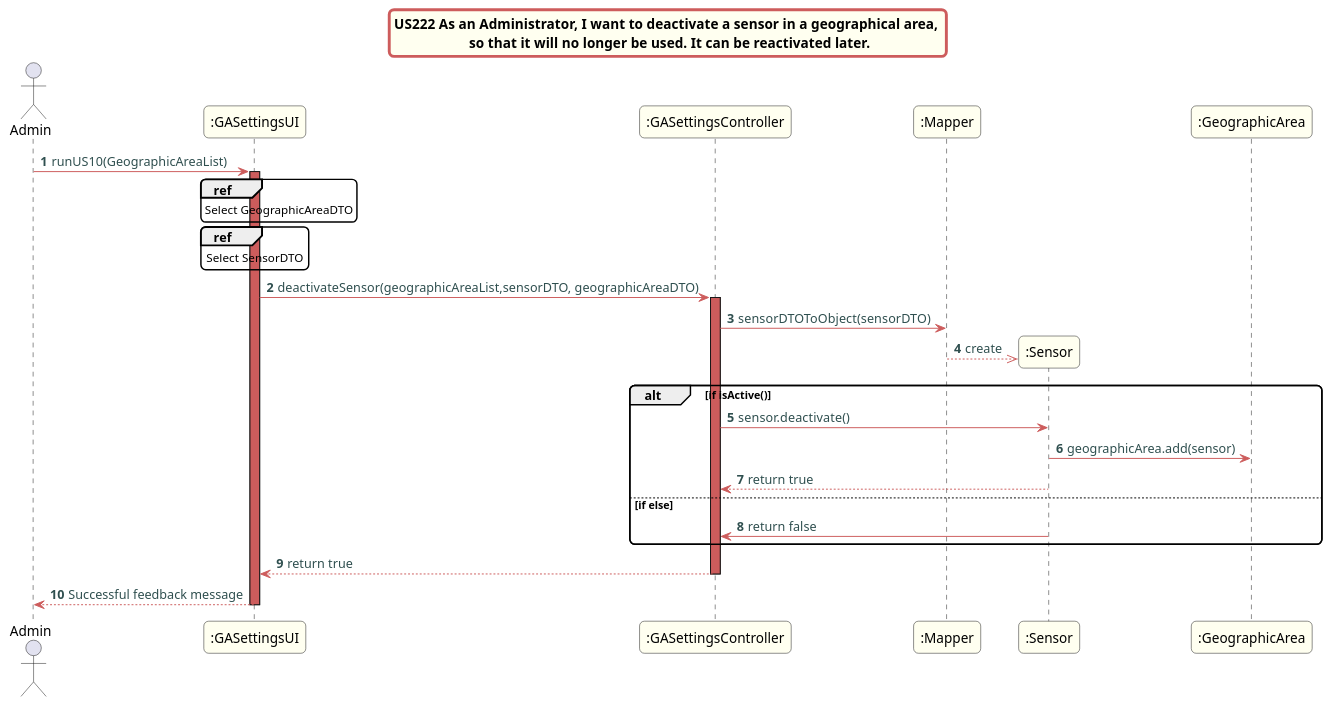
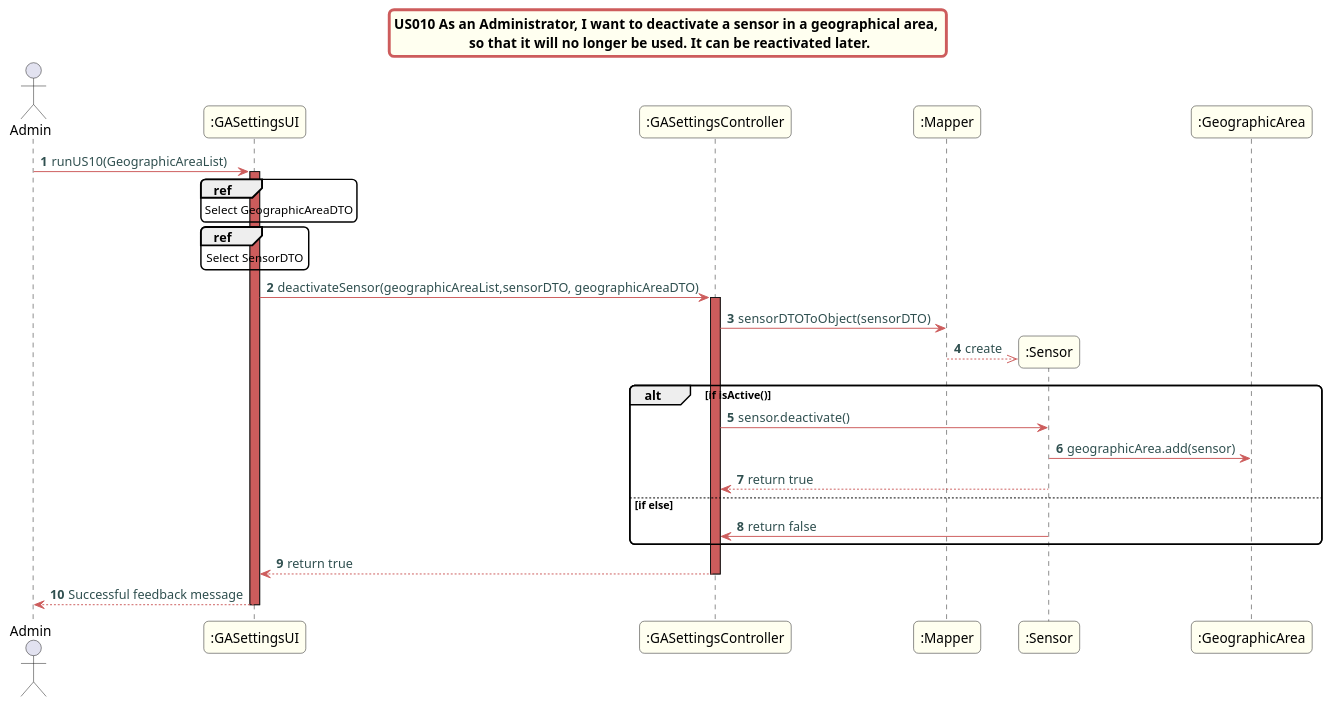
The diagram in src/doc/Controllers/GASettings/US10/US10_sd_GASettings.puml (Almadanmp/project), drawn with PlantUML before and after one commit. The commit also changed 4 other files, not shown here.

Commit message:
Ref #174 Adds diagrams and reference diagrams

```diff
--- a/src/doc/Controllers/GASettings/US10/US10_sd_GASettings.puml
+++ b/src/doc/Controllers/GASettings/US10/US10_sd_GASettings.puml
@@ -1,52 +1,52 @@
 @startuml
-title US222 As an Administrator, I want to deactivate a sensor in a geographical area, \n so that it will no longer be used. It can be reactivated later.
+title US010 As an Administrator, I want to deactivate a sensor in a geographical area, \n so that it will no longer be used. It can be reactivated later.
 actor Admin
 skinparam titleBorderRoundCorner 10
 skinparam titleBorderThickness 3
 skinparam titleBorderColor indianred
 skinparam titleBackgroundColor ivory
 skinparam FontName quicksand
 
 skinparam actor {
  	BorderColor indianred
  	}
 
  skinparam sequence {
  	LifeLineBackgroundColor indianred
  	ParticipantBackgroundColor ivory
  }
 
  skinparam roundcorner 10
 
  skinparam component {
    arrowThickness 1
    ArrowFontName Verdana
    ArrowColor indianred
    ArrowFontColor darkslategrey
  }
 autonumber
 Admin -> ":GASettingsUI": runUS10(GeographicAreaList)
 activate ":GASettingsUI"
 ref over ":GASettingsUI"
 Select GeographicAreaDTO
 end ref
 ref over ":GASettingsUI"
 Select SensorDTO
 end ref
 ":GASettingsUI" -> ":GASettingsController": deactivateSensor(geographicAreaList,sensorDTO, geographicAreaDTO)
 activate ":GASettingsController"
 ":GASettingsController" -> ":Mapper": sensorDTOToObject(sensorDTO)
 create ":Sensor"
 ":Mapper" -->> ":Sensor": create
 alt if isActive()
 ":GASettingsController" -> ":Sensor": sensor.deactivate()
 ":Sensor" -> ":GeographicArea": geographicArea.add(sensor)
 ":Sensor" --> ":GASettingsController": return true
 else if else
 ":Sensor" -> ":GASettingsController": return false
 end
 ":GASettingsController" --> ":GASettingsUI": return true
 deactivate ":GASettingsController"
 ":GASettingsUI" --> Admin: Successful feedback message
 deactivate ":GASettingsUI"
 @enduml
```
